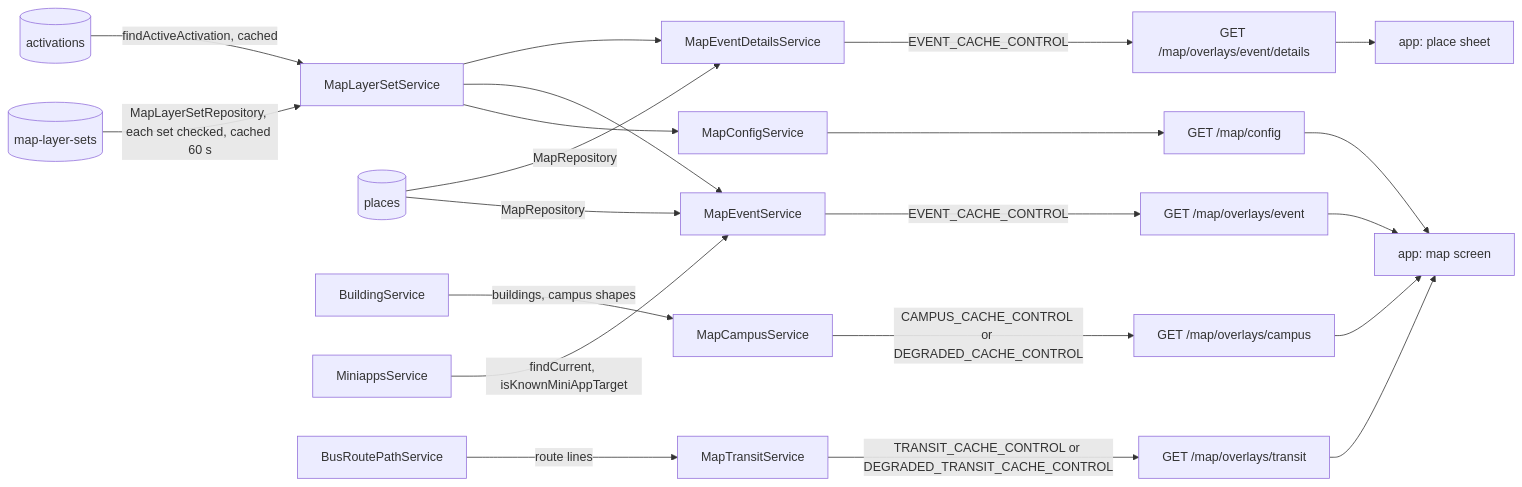
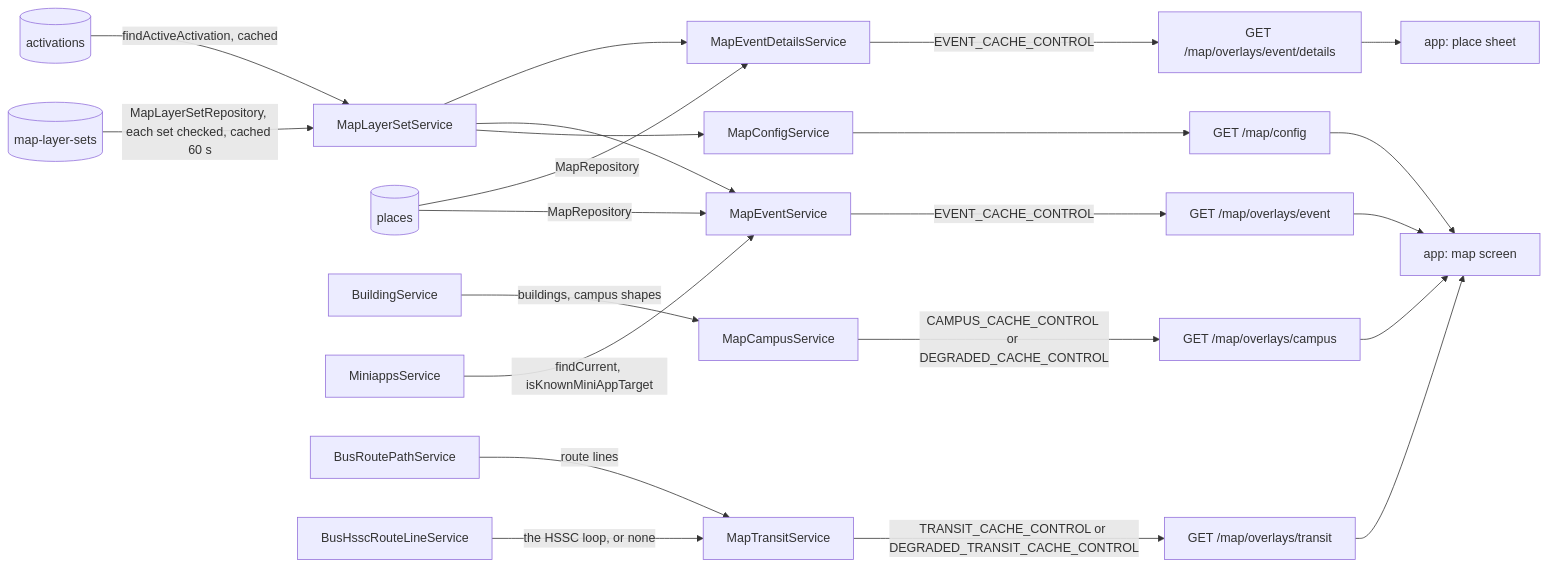
The diagram in docs/explanation/map-architecture.md (skkuverse/skkuverse-server), drawn with Mermaid before and after one commit. The commit also changed other lines of this file and 17 other files, not shown here.

Commit message:
feat(map): draw the HSSC route line on the transit overlay

````diff
--- a/docs/explanation/map-architecture.md
+++ b/docs/explanation/map-architecture.md
@@ -54,23 +54,24 @@
 ```mermaid
 flowchart LR
   sets[("map-layer-sets")] -->|MapLayerSetRepository, each set checked, cached 60 s| layerSet["MapLayerSetService"]
   acts[("activations")] -->|findActiveActivation, cached| layerSet
   places[("places")] -->|MapRepository| event["MapEventService"]
   places -->|MapRepository| details["MapEventDetailsService"]
   layerSet --> config["MapConfigService"]
   layerSet --> event
   layerSet --> details
   building["BuildingService"] -->|buildings, campus shapes| campus["MapCampusService"]
   miniapps["MiniappsService"] -->|findCurrent, isKnownMiniAppTarget| event
   config --> r1["GET /map/config"]
   campus -->|CAMPUS_CACHE_CONTROL or DEGRADED_CACHE_CONTROL| r2["GET /map/overlays/campus"]
   bus["BusRoutePathService"] -->|route lines| transit["MapTransitService"]
+  hssc["BusHsscRouteLineService"] -->|the HSSC loop, or none| transit
   transit -->|TRANSIT_CACHE_CONTROL or DEGRADED_TRANSIT_CACHE_CONTROL| r5["GET /map/overlays/transit"]
   event -->|EVENT_CACHE_CONTROL| r3["GET /map/overlays/event"]
   details -->|EVENT_CACHE_CONTROL| r4["GET /map/overlays/event/details"]
   r1 --> screen["app: map screen"]
   r2 --> screen
   r5 --> screen
   r3 --> screen
   r4 --> sheet["app: place sheet"]
 ```
````
